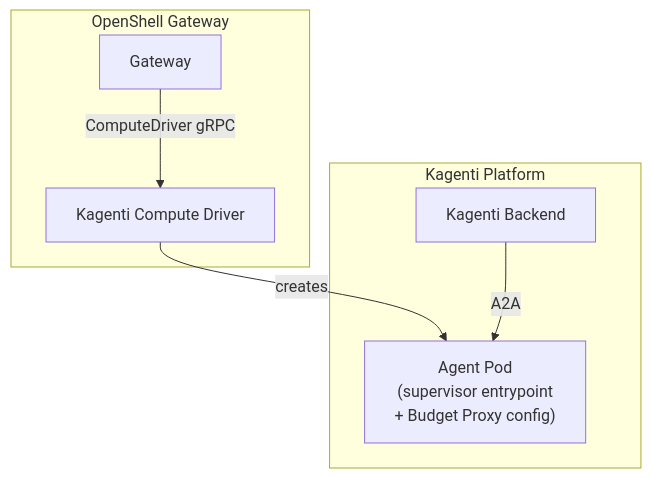
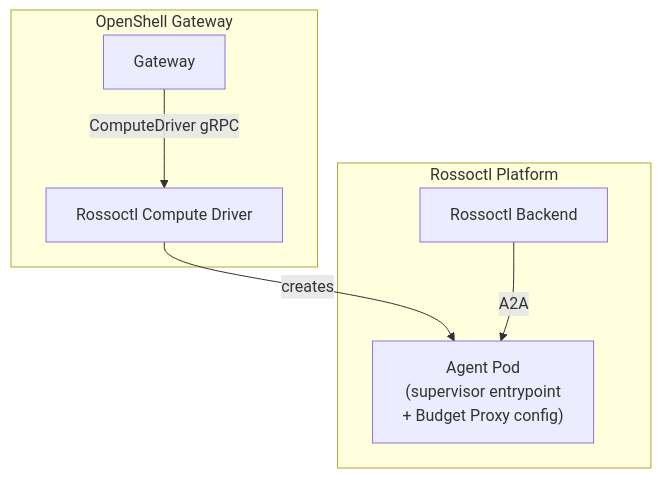
The fifth of 6 diagrams in docs/agentic-runtime/openshell-integration.md (kagenti/kagenti), drawn with Mermaid before and after one commit. The commit also changed other lines of this file and 1316 other files, not shown here.

First line of the commit message:
⚠️ Rename Kagenti → Rossoctl across the flagship repo (→ rossoctl)

````diff
--- a/docs/agentic-runtime/openshell-integration.md
+++ b/docs/agentic-runtime/openshell-integration.md
@@ -248,13 +248,13 @@
 ```mermaid
 graph TB
     subgraph gw["OpenShell Gateway"]
         G["Gateway"]
-        KCD["Kagenti Compute Driver"]
+        KCD["Rossoctl Compute Driver"]
         G -->|"ComputeDriver gRPC"| KCD
     end
 
-    subgraph kagenti["Kagenti Platform"]
+    subgraph rossoctl["Rossoctl Platform"]
         KCD -->|"creates"| Pod["Agent Pod<br/>(supervisor entrypoint<br/>+ Budget Proxy config)"]
-        BE["Kagenti Backend"] -->|"A2A"| Pod
+        BE["Rossoctl Backend"] -->|"A2A"| Pod
     end
 ```
````
